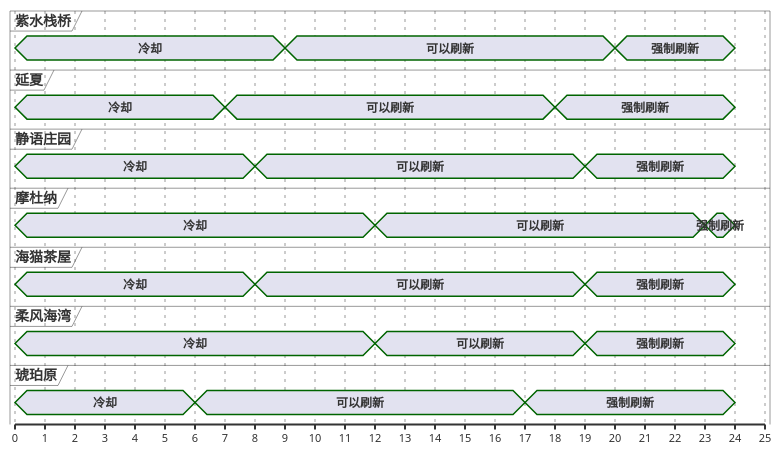
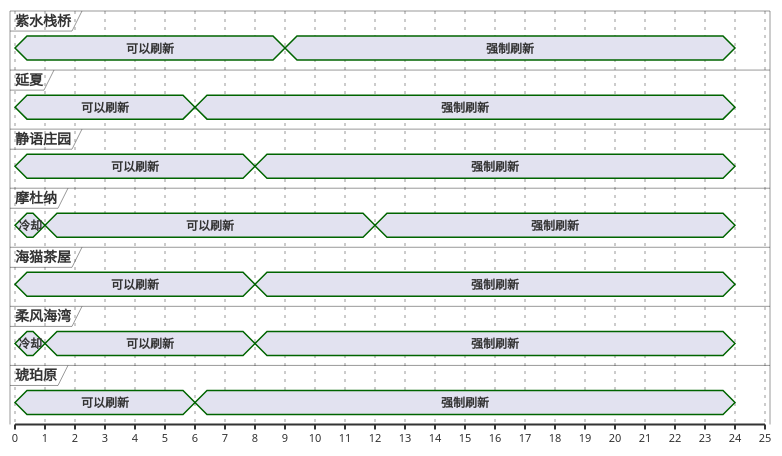
Before and after one commit to Eroleice/doc-pi: the third of 13 diagrams in ffxiv/hunt/2.0/Thousand-cast-Theda.md, drawn with PlantUML. The commit also changed other lines of this file and 38 other files, not shown here.

````diff
--- a/ffxiv/hunt/2.0/Thousand-cast-Theda.md
+++ b/ffxiv/hunt/2.0/Thousand-cast-Theda.md
@@ -165,56 +152,51 @@
 ```plantuml
 @startuml
 scale 1 as 30 pixels
 
 concise 紫水栈桥
 concise 延夏
 concise 静语庄园
 concise 摩杜纳
 concise 海猫茶屋
 concise 柔风海湾
 concise 琥珀原
 
 @琥珀原
-0 is 冷却
-6 is 可以刷新
-17 is 强制刷新
+0 is 可以刷新
+6 is 强制刷新
 24 is {hidden}
 
 @延夏
-0 is 冷却
-7 is 可以刷新
-18 is 强制刷新
+0 is 可以刷新
+6 is 强制刷新
 24 is {hidden}
 
 @海猫茶屋
-0 is 冷却
-8 is 可以刷新
-19 is 强制刷新
+0 is 可以刷新
+8 is 强制刷新
 24 is {hidden}
 
 @静语庄园
-0 is 冷却
-8 is 可以刷新
-19 is 强制刷新
+0 is 可以刷新
+8 is 强制刷新
 24 is {hidden}
 
 @柔风海湾
 0 is 冷却
-12 is 可以刷新
-19 is 强制刷新
+1 is 可以刷新
+8 is 强制刷新
 24 is {hidden}
 
 @紫水栈桥
-0 is 冷却
-9 is 可以刷新
-20 is 强制刷新
+0 is 可以刷新
+9 is 强制刷新
 24 is {hidden}
 
 @摩杜纳
 0 is 冷却
-12 is 可以刷新
-23 is 强制刷新
+1 is 可以刷新
+12 is 强制刷新
 24 is {hidden}
 
 @enduml
 ```
````
